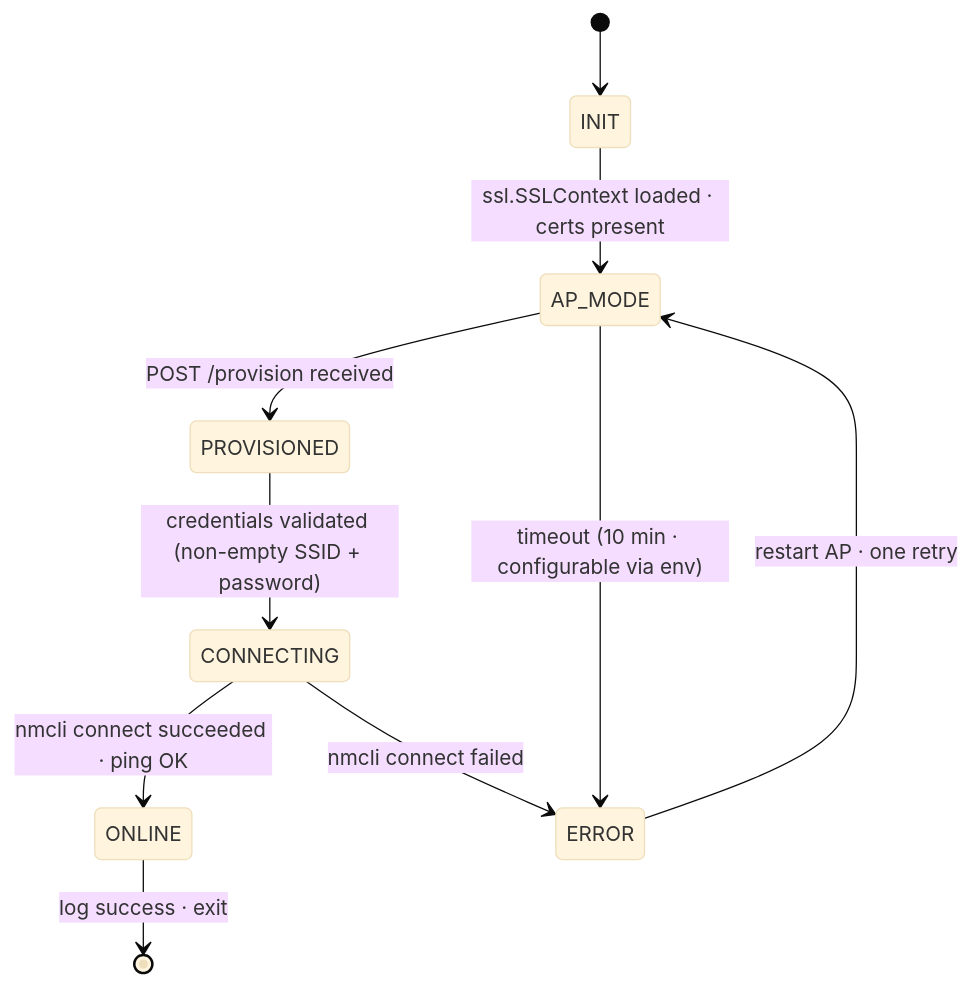
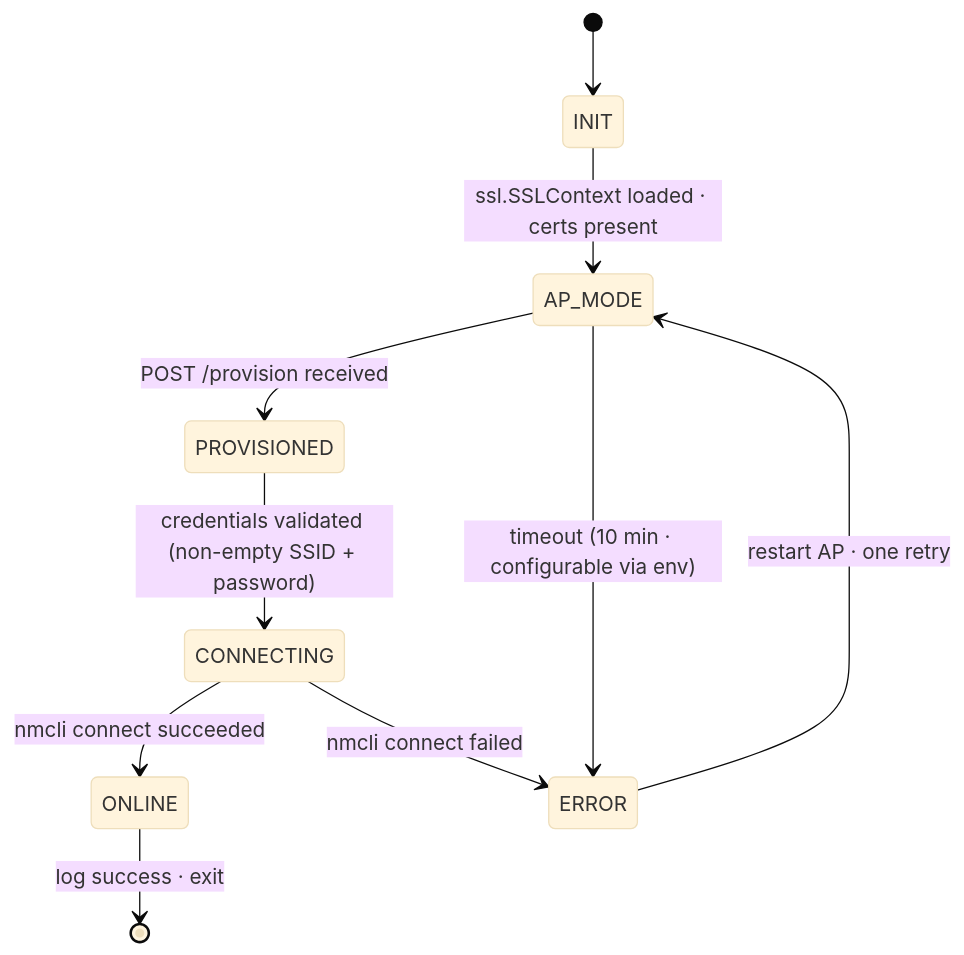
The third of 4 diagrams in docs/architecture.md (wajntr-a/teton-challenge), drawn with Mermaid (base theme) before and after one commit. The commit also changed other lines of this file and 1 other file, not shown here.

First line of the commit message:
docs: align architecture doc with implemented code

````diff
--- a/docs/architecture.md
+++ b/docs/architecture.md
@@ -94,12 +93,12 @@
 ```mermaid
 stateDiagram-v2
   [*] --> INIT
   INIT --> AP_MODE : ssl.SSLContext loaded · certs present
   AP_MODE --> PROVISIONED : POST /provision received
   PROVISIONED --> CONNECTING : credentials validated (non-empty SSID + password)
-  CONNECTING --> ONLINE : nmcli connect succeeded · ping OK
+  CONNECTING --> ONLINE : nmcli connect succeeded
   CONNECTING --> ERROR : nmcli connect failed
   ONLINE --> [*] : log success · exit
   ERROR --> AP_MODE : restart AP · one retry
   AP_MODE --> ERROR : timeout (10 min · configurable via env)
 ```
````
